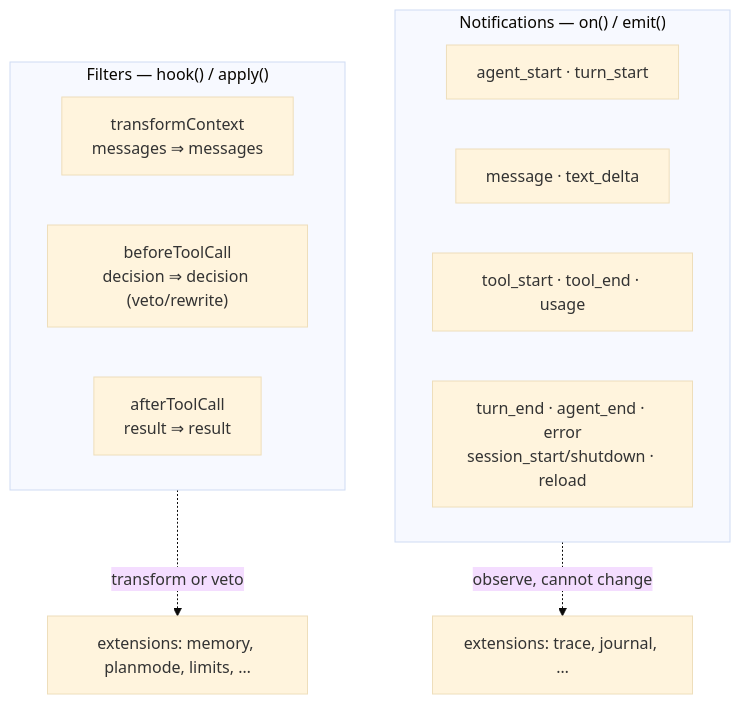
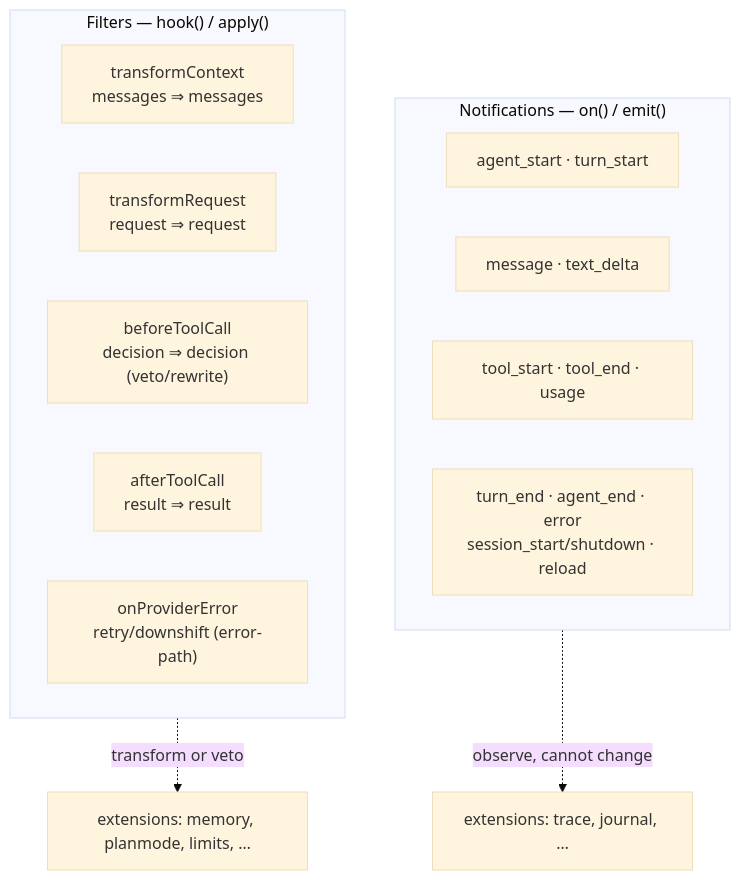
One commit to caohaotiantian/EAgent changed the fourth of 10 diagrams in ARCHITECTURE.md. Above: the diagram before and after it, drawn with Mermaid (base theme). The commit also changed other lines of this file and 9 other files, not shown here.

````diff
--- a/ARCHITECTURE.md
+++ b/ARCHITECTURE.md
@@ -146,18 +146,20 @@
 ```mermaid
 flowchart TB
     subgraph N["Notifications — on() / emit()"]
         direction LR
         NA["agent_start · turn_start"]
         NB["message · text_delta"]
         NC["tool_start · tool_end · usage"]
         ND["turn_end · agent_end · error<br/>session_start/shutdown · reload"]
     end
     subgraph F["Filters — hook() / apply()"]
         direction LR
         FA["transformContext<br/>messages ⇒ messages"]
-        FB["beforeToolCall<br/>decision ⇒ decision (veto/rewrite)"]
-        FC["afterToolCall<br/>result ⇒ result"]
+        FB["transformRequest<br/>request ⇒ request"]
+        FC["beforeToolCall<br/>decision ⇒ decision (veto/rewrite)"]
+        FD["afterToolCall<br/>result ⇒ result"]
+        FE["onProviderError<br/>retry/downshift (error-path)"]
     end
     N -.->|"observe, cannot change"| OUT1["extensions: trace, journal, …"]
     F -.->|"transform or veto"| OUT2["extensions: memory, planmode, limits, …"]
 ```
````
